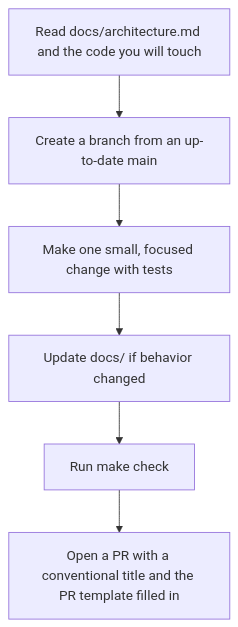
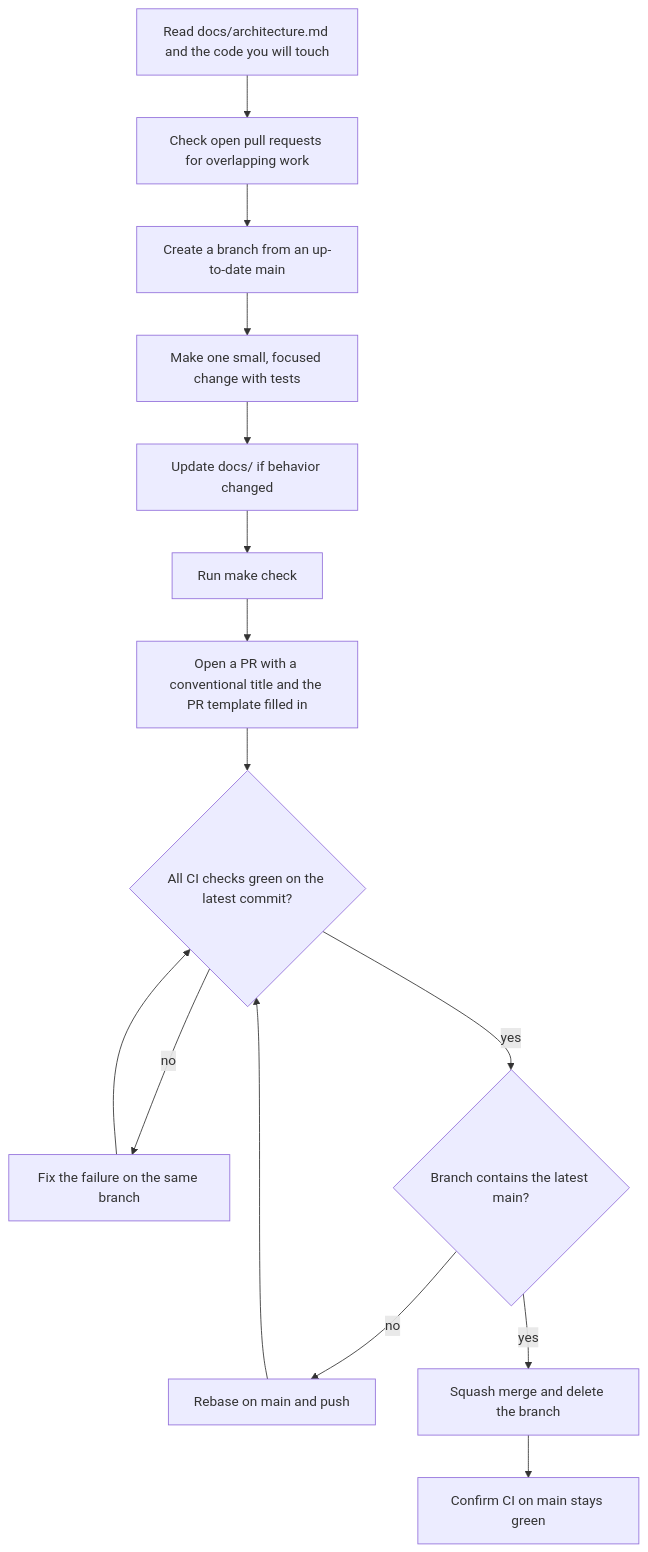
One commit to aisearchkit/searchboard changed the diagram in docs/ai-guidelines.md. Above: the diagram before and after it, drawn with Mermaid. The commit also changed other lines of this file and 6 other files, not shown here.

````diff
--- a/docs/ai-guidelines.md
+++ b/docs/ai-guidelines.md
@@ -17,8 +20,17 @@
 ```mermaid
 flowchart TD
-    A["Read docs/architecture.md and the code you will touch"] --> B["Create a branch from an up-to-date main"]
-    B --> C["Make one small, focused change with tests"]
-    C --> D["Update docs/ if behavior changed"]
-    D --> E["Run make check"]
-    E --> F["Open a PR with a conventional title and the PR template filled in"]
+    A["Read docs/architecture.md and the code you will touch"] --> B["Check open pull requests for overlapping work"]
+    B --> C["Create a branch from an up-to-date main"]
+    C --> D["Make one small, focused change with tests"]
+    D --> E["Update docs/ if behavior changed"]
+    E --> F["Run make check"]
+    F --> G["Open a PR with a conventional title and the PR template filled in"]
+    G --> H{"All CI checks green on the latest commit?"}
+    H -- "no" --> I["Fix the failure on the same branch"]
+    I --> H
+    H -- "yes" --> J{"Branch contains the latest main?"}
+    J -- "no" --> K["Rebase on main and push"]
+    K --> H
+    J -- "yes" --> L["Squash merge and delete the branch"]
+    L --> M["Confirm CI on main stays green"]
 ```
````
